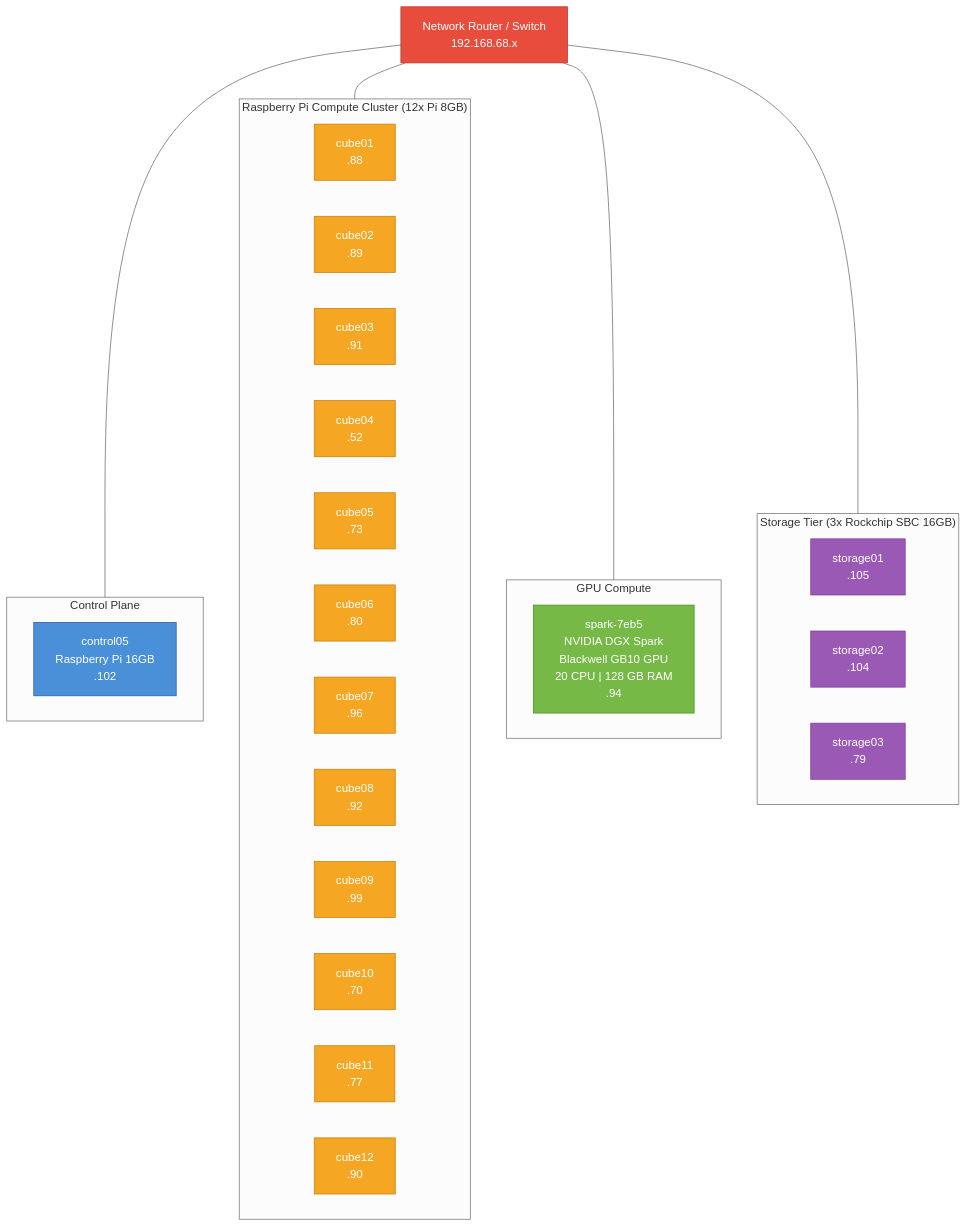
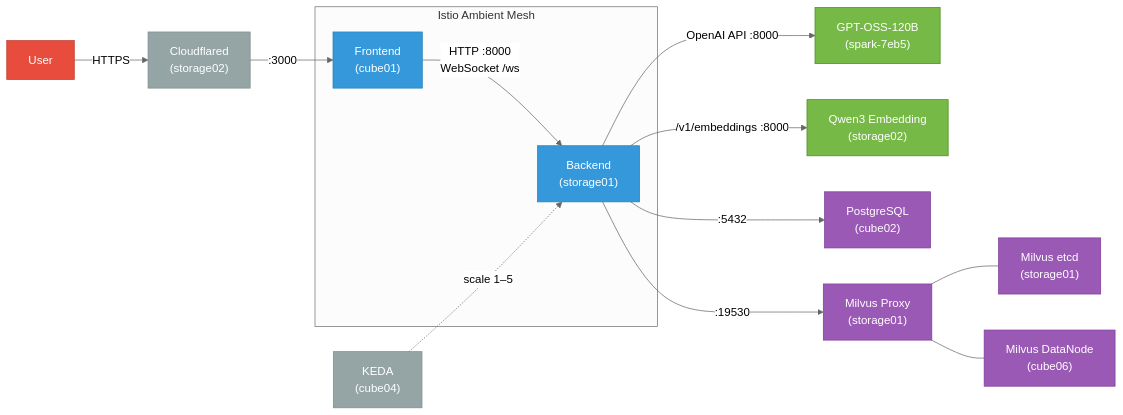
One commit to devgig/rag-agent-chatbot changed the second of 2 diagrams in docs/device-architecture.md. Above: the diagram before and after it, drawn with Mermaid (neutral theme). The commit also changed other lines of this file and 1 other file, not shown here.

First line of the commit message:
Scope device architecture doc to multi-agent-chatbot nodes only

````diff
--- a/docs/device-architecture.md
+++ b/docs/device-architecture.md
@@ -244,52 +93,33 @@
 ```mermaid
-graph TB
-    ROUTER["Network Router / Switch<br/>192.168.68.x"]
+graph LR
+    USER["User"] -->|"HTTPS"| CF["Cloudflared<br/>(storage02)"]
+    CF -->|":3000"| FE["Frontend<br/>(cube01)"]
+    FE -->|"HTTP :8000<br/>WebSocket /ws"| BE["Backend<br/>(storage01)"]
 
-    ROUTER --- CP_GROUP
-    ROUTER --- PI_GROUP
-    ROUTER --- GPU_GROUP
-    ROUTER --- STORAGE_GROUP
+    BE -->|"OpenAI API :8000"| LLM["GPT-OSS-120B<br/>(spark-7eb5)"]
+    BE -->|"/v1/embeddings :8000"| EMB["Qwen3 Embedding<br/>(storage02)"]
+    BE -->|":5432"| PG["PostgreSQL<br/>(cube02)"]
+    BE -->|":19530"| MV["Milvus Proxy<br/>(storage01)"]
 
-    subgraph CP_GROUP["Control Plane"]
-        CP["control05<br/>Raspberry Pi 16GB<br/>.102"]
+    MV --- ETCD["Milvus etcd<br/>(storage01)"]
+    MV --- DN["Milvus DataNode<br/>(cube06)"]
+
+    subgraph MESH["Istio Ambient Mesh"]
+        FE
+        BE
     end
 
-    subgraph PI_GROUP["Raspberry Pi Compute Cluster (12x Pi 8GB)"]
-        direction LR
-        PI1["cube01<br/>.88"]
-        PI2["cube02<br/>.89"]
-        PI3["cube03<br/>.91"]
-        PI4["cube04<br/>.52"]
-        PI5["cube05<br/>.73"]
-        PI6["cube06<br/>.80"]
-        PI7["cube07<br/>.96"]
-        PI8["cube08<br/>.92"]
-        PI9["cube09<br/>.99"]
-        PI10["cube10<br/>.70"]
-        PI11["cube11<br/>.77"]
-        PI12["cube12<br/>.90"]
-    end
+    KEDA["KEDA<br/>(cube04)"] -.->|"scale 1–5"| BE
 
-    subgraph GPU_GROUP["GPU Compute"]
-        GPU["spark-7eb5<br/>NVIDIA DGX Spark<br/>Blackwell GB10 GPU<br/>20 CPU | 128 GB RAM<br/>.94"]
-    end
+    classDef user fill:#e74c3c,stroke:#c0392b,color:#fff
+    classDef app fill:#3498db,stroke:#2980b9,color:#fff
+    classDef data fill:#9b59b6,stroke:#7d3c98,color:#fff
+    classDef ai fill:#76b947,stroke:#4a8c1c,color:#fff
+    classDef infra fill:#95a5a6,stroke:#7f8c8d,color:#fff
 
-    subgraph STORAGE_GROUP["Storage Tier (3x Rockchip SBC 16GB)"]
-        direction LR
-        ST1["storage01<br/>.105"]
-        ST2["storage02<br/>.104"]
-        ST3["storage03<br/>.79"]
-    end
-
-    classDef router fill:#e74c3c,stroke:#c0392b,color:#fff
-    classDef control fill:#4a90d9,stroke:#2c5aa0,color:#fff
-    classDef compute fill:#f5a623,stroke:#c77d0a,color:#fff
-    classDef gpu fill:#76b947,stroke:#4a8c1c,color:#fff
-    classDef storage fill:#9b59b6,stroke:#7d3c98,color:#fff
-
-    class ROUTER router
-    class CP control
-    class PI1,PI2,PI3,PI4,PI5,PI6,PI7,PI8,PI9,PI10,PI11,PI12 compute
-    class GPU gpu
-    class ST1,ST2,ST3 storage
+    class USER user
+    class FE,BE app
+    class PG,MV,ETCD,DN data
+    class LLM,EMB ai
+    class CF,KEDA infra
 ```
````
